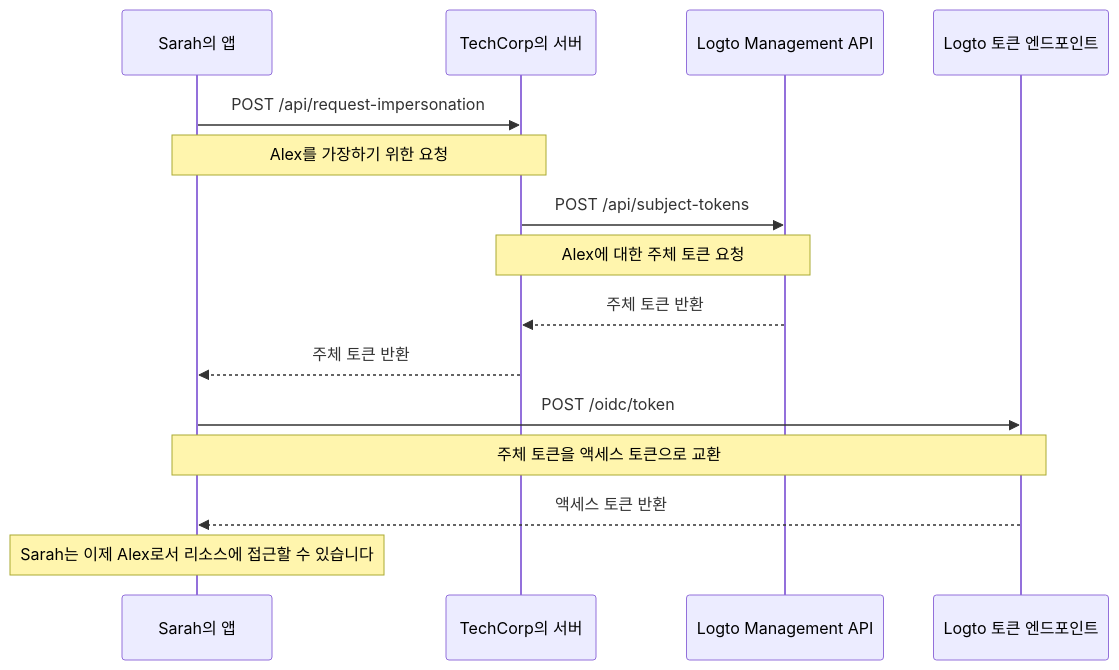
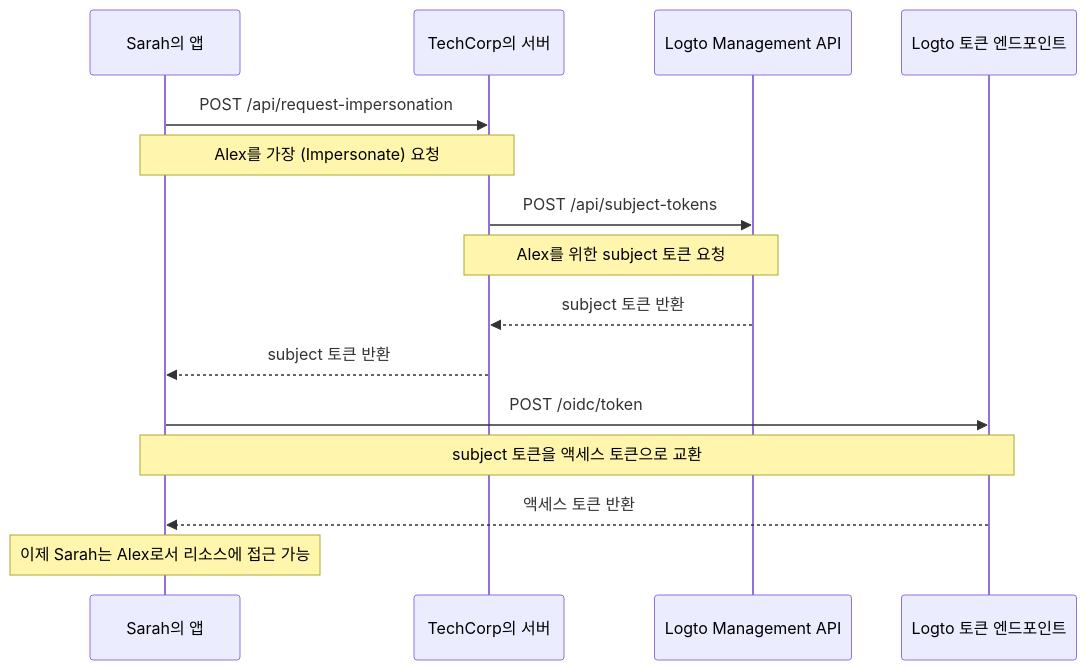
Before and after one commit to logto-io/docs: the diagram in i18n/ko/docusaurus-plugin-content-docs/current/developers/user-impersonation.mdx, drawn with Mermaid. The commit also changed other lines of this file and 233 other files, not shown here.

````diff
--- a/i18n/ko/docusaurus-plugin-content-docs/current/developers/user-impersonation.mdx
+++ b/i18n/ko/docusaurus-plugin-content-docs/current/developers/user-impersonation.mdx
@@ -16,22 +16,22 @@
 ```mermaid
 sequenceDiagram
     participant Sarah as Sarah의 앱
     participant TechCorp as TechCorp의 서버
     participant Logto as Logto Management API
     participant LogtoToken as Logto 토큰 엔드포인트
 
     Sarah->>TechCorp: POST /api/request-impersonation
-    Note over Sarah,TechCorp: Alex를 가장하기 위한 요청
+    Note over Sarah,TechCorp: Alex를 가장 (Impersonate) 요청
 
     TechCorp->>Logto: POST /api/subject-tokens
-    Note over TechCorp,Logto: Alex에 대한 주체 토큰 요청
+    Note over TechCorp,Logto: Alex를 위한 subject 토큰 요청
 
-    Logto-->>TechCorp: 주체 토큰 반환
-    TechCorp-->>Sarah: 주체 토큰 반환
+    Logto-->>TechCorp: subject 토큰 반환
+    TechCorp-->>Sarah: subject 토큰 반환
 
     Sarah->>LogtoToken: POST /oidc/token
-    Note over Sarah,LogtoToken: 주체 토큰을 액세스 토큰으로 교환
+    Note over Sarah,LogtoToken: subject 토큰을 액세스 토큰으로 교환
 
     LogtoToken-->>Sarah: 액세스 토큰 반환
-    Note over Sarah: Sarah는 이제 Alex로서 리소스에 접근할 수 있습니다
+    Note over Sarah: 이제 Sarah는 Alex로서 리소스에 접근 가능
 ```
````
